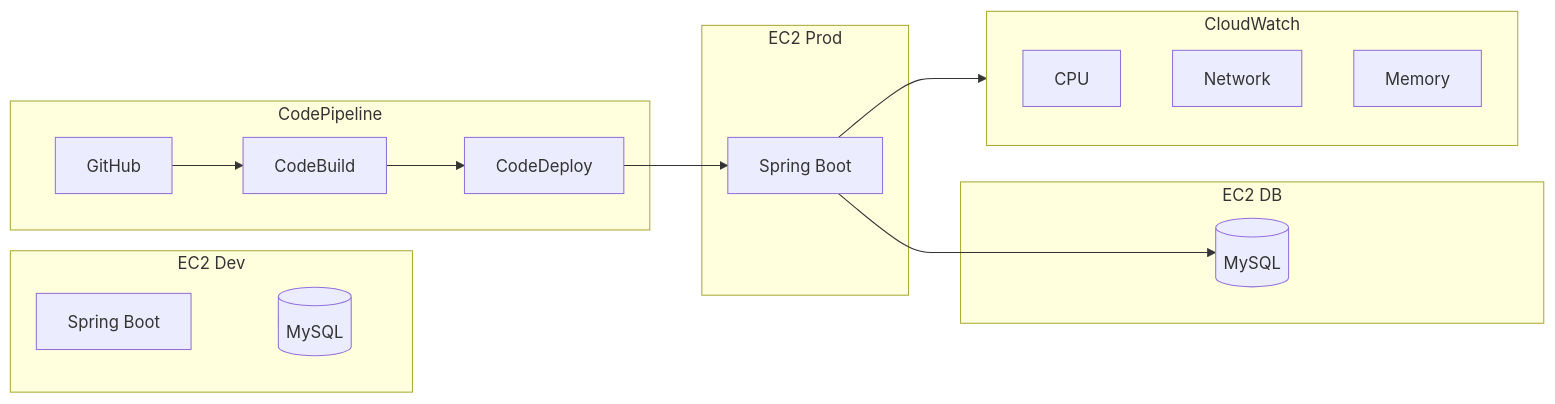
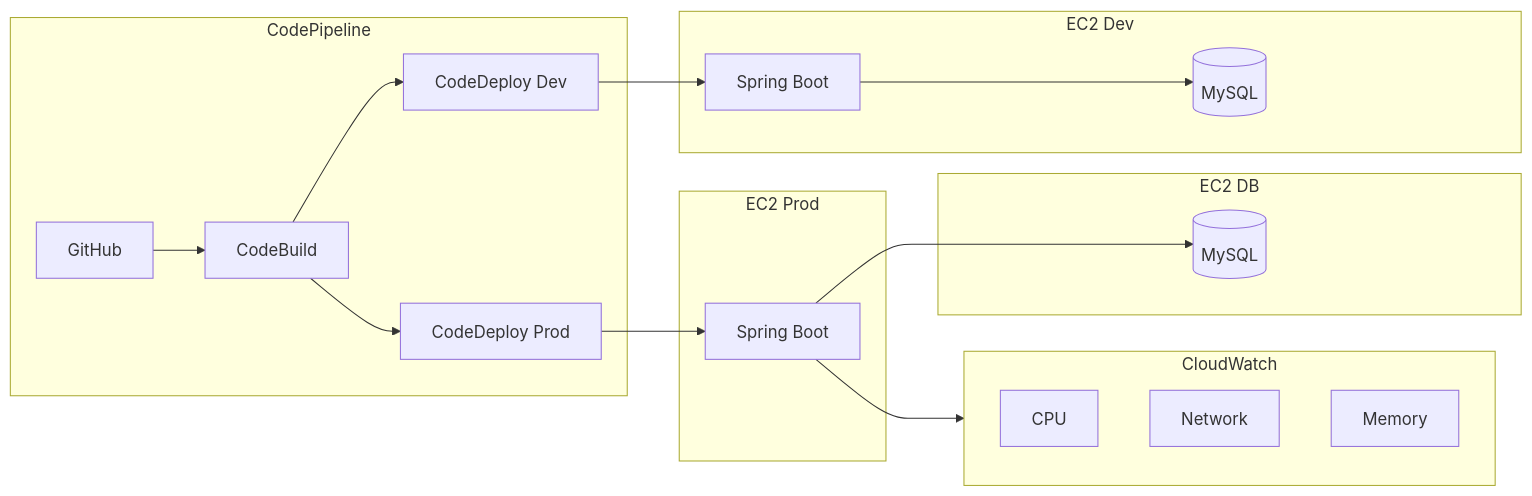
One commit to taek2222/lv2-final-mission changed the diagram in README.md. Above: the diagram before and after it, drawn with Mermaid.

Commit message:
README 수정

````diff
--- a/README.md
+++ b/README.md
@@ -55,34 +55,37 @@
 ```mermaid
 flowchart LR
-    subgraph Dev[EC2 Dev]
+    subgraph CI_CD["CodePipeline"]
+        Source[GitHub]
+        Build[CodeBuild]
+        DeployDev[CodeDeploy Dev]
+        DeployProd[CodeDeploy Prod]
+    end
+
+    subgraph Dev["EC2 Dev"]
         DApp[Spring Boot]
         DDB[(MySQL)]
     end
 
-    subgraph Prod[EC2 Prod]
+    subgraph Prod["EC2 Prod"]
         PApp[Spring Boot]
     end
 
-    subgraph DB[EC2 DB]
+    subgraph DB["EC2 DB"]
         MySQL[(MySQL)]
     end
 
-    Dev --> DDB
-    PApp --> MySQL
-
-    subgraph CI/CD[CodePipeline]
-        Source[GitHub]
-        Build[CodeBuild]
-        Deploy[CodeDeploy]
-    end
-
-    Source --> Build --> Deploy --> PApp
-
-    subgraph Monitoring[CloudWatch]
+    subgraph Monitoring["CloudWatch"]
         CPU[CPU]
         Net[Network]
         Mem[Memory]
     end
 
+    Source --> Build
+    Build --> DeployDev --> DApp
+    Build --> DeployProd --> PApp
+
+    DApp --> DDB
+    PApp --> MySQL
     PApp --> Monitoring
+
 ```
````
